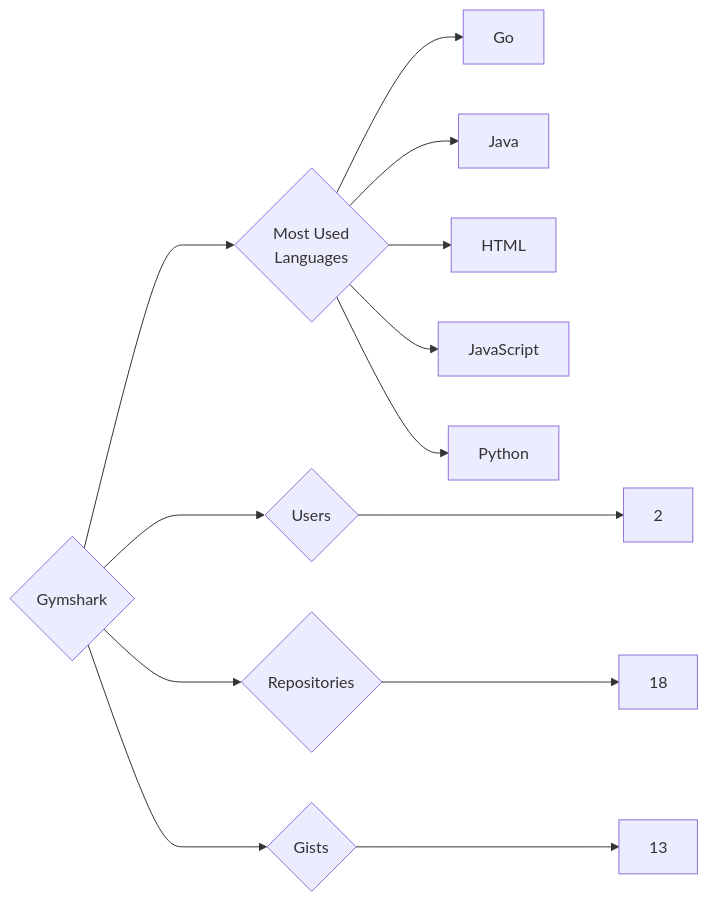
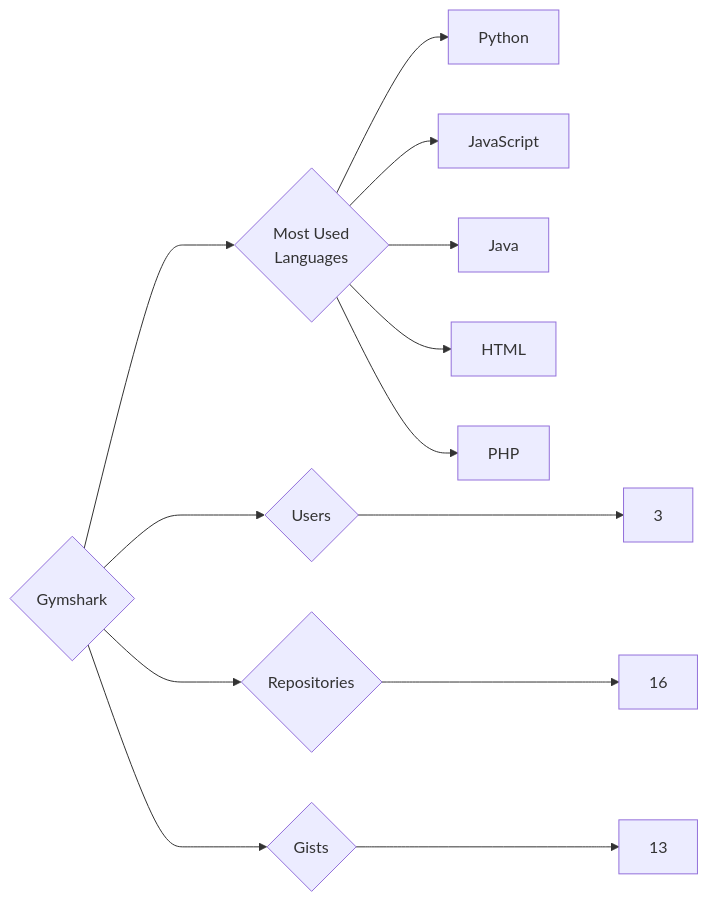
Before and after one commit to trickest/insiders: the diagram in targets/Gymshark/README.md, drawn with Mermaid. The commit also changed 993 other files, not shown here.

````diff
--- a/targets/Gymshark/README.md
+++ b/targets/Gymshark/README.md
@@ -3,13 +3,13 @@
 ```mermaid
 graph LR
 COMPANY_NAME{Gymshark}
-COMPANY_NAME ---> U{Users} ---> UN[2]
-COMPANY_NAME ---> R{Repositories} ---> RN[18]
+COMPANY_NAME ---> U{Users} ---> UN[3]
+COMPANY_NAME ---> R{Repositories} ---> RN[16]
 COMPANY_NAME ---> G{Gists} ---> GN[13]
 COMPANY_NAME ---> ML{Most Used<br>Languages}
-ML --> Go[Go]
+ML --> Python[Python]
+ML --> JavaScript[JavaScript]
 ML --> Java[Java]
 ML --> HTML[HTML]
-ML --> JavaScript[JavaScript]
-ML --> Python[Python]
+ML --> PHP[PHP]
 ```
````
